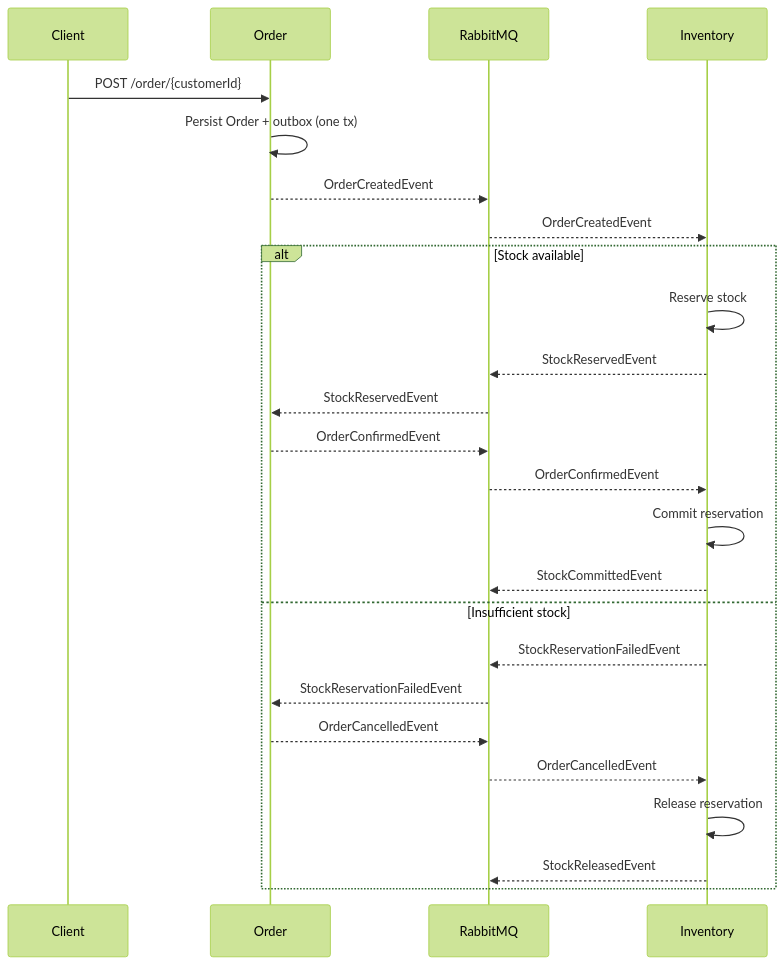
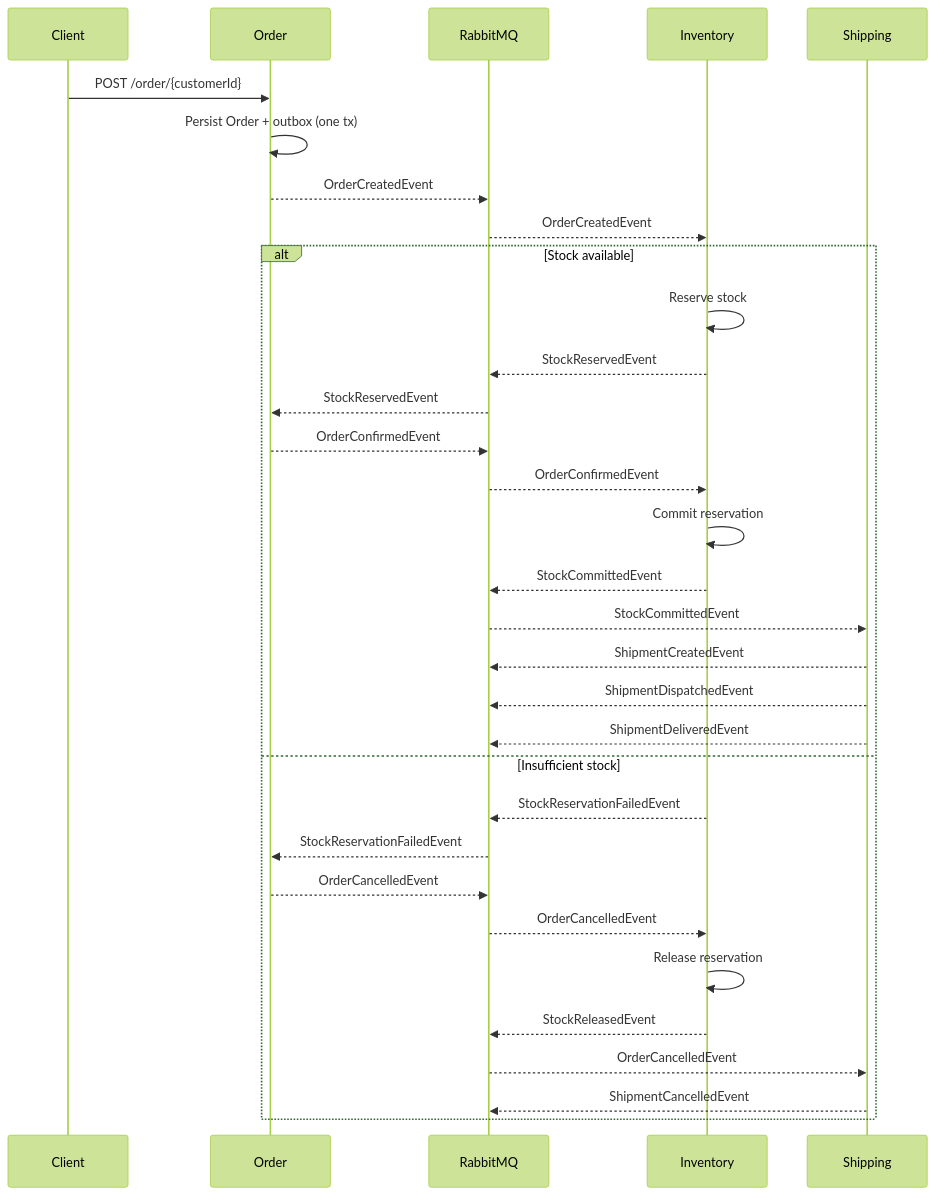
The second of 3 diagrams in docs/wiki/Architecture.md (daonhan/Microservices-in-.NET), drawn with Mermaid (forest theme) before and after one commit. The commit also changed other lines of this file and 6 other files, not shown here.

````diff
--- a/docs/wiki/Architecture.md
+++ b/docs/wiki/Architecture.md
@@ -45,28 +50,35 @@
 ```mermaid
 sequenceDiagram
     participant Client
     participant Order
     participant Bus as RabbitMQ
     participant Inventory
+    participant Shipping
 
     Client->>Order: POST /order/{customerId}
     Order->>Order: Persist Order + outbox (one tx)
     Order-->>Bus: OrderCreatedEvent
     Bus-->>Inventory: OrderCreatedEvent
     alt Stock available
         Inventory->>Inventory: Reserve stock
         Inventory-->>Bus: StockReservedEvent
         Bus-->>Order: StockReservedEvent
         Order-->>Bus: OrderConfirmedEvent
         Bus-->>Inventory: OrderConfirmedEvent
         Inventory->>Inventory: Commit reservation
         Inventory-->>Bus: StockCommittedEvent
+        Bus-->>Shipping: StockCommittedEvent
+        Shipping-->>Bus: ShipmentCreatedEvent
+        Shipping-->>Bus: ShipmentDispatchedEvent
+        Shipping-->>Bus: ShipmentDeliveredEvent
     else Insufficient stock
         Inventory-->>Bus: StockReservationFailedEvent
         Bus-->>Order: StockReservationFailedEvent
         Order-->>Bus: OrderCancelledEvent
         Bus-->>Inventory: OrderCancelledEvent
         Inventory->>Inventory: Release reservation
         Inventory-->>Bus: StockReleasedEvent
+        Bus-->>Shipping: OrderCancelledEvent
+        Shipping-->>Bus: ShipmentCancelledEvent
     end
 ```
````
